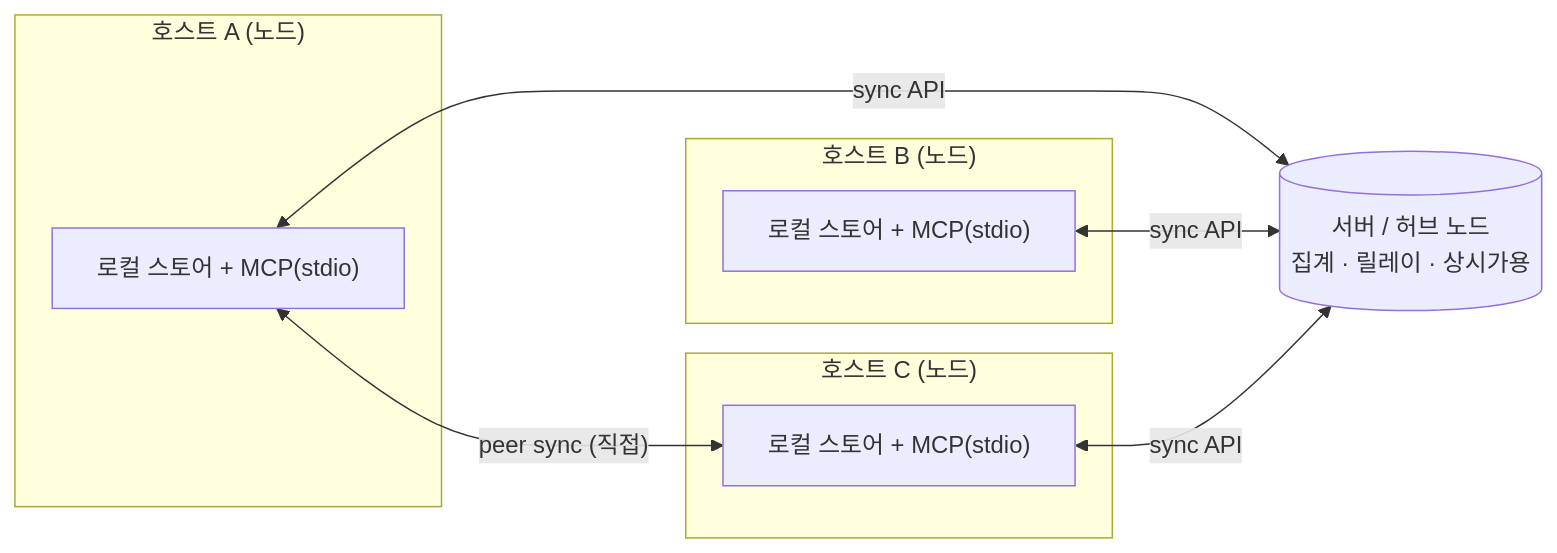
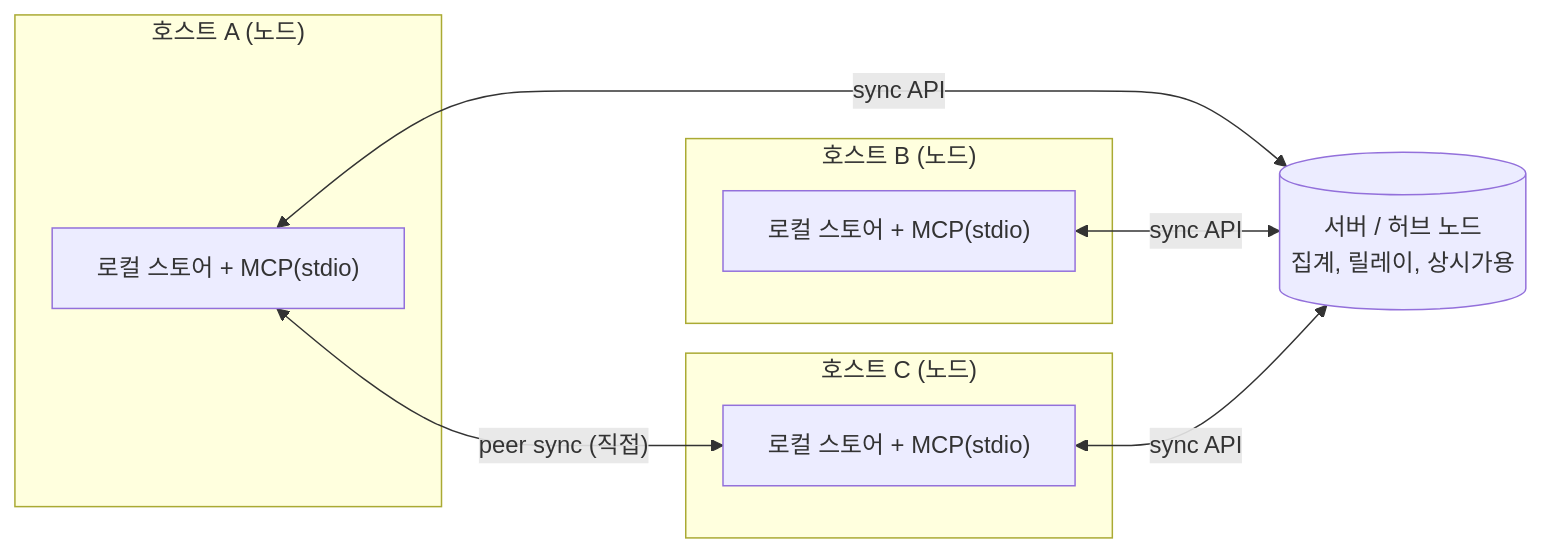
The third of 3 diagrams in docs/architecture.md (Ashon/supragnosis), drawn with Mermaid before and after one commit. The commit also changed other lines of this file and 2 other files, not shown here.

First line of the commit message:
docs: 헌법 개정(22개 원칙) 반영 + architecture 정합

````diff
--- a/docs/architecture.md
+++ b/docs/architecture.md
@@ -167,17 +177,17 @@
 ```mermaid
 flowchart LR
     subgraph HostA["호스트 A (노드)"]
         A1["로컬 스토어 + MCP(stdio)"]
     end
     subgraph HostB["호스트 B (노드)"]
         B1["로컬 스토어 + MCP(stdio)"]
     end
     subgraph HostC["호스트 C (노드)"]
         C1["로컬 스토어 + MCP(stdio)"]
     end
-    Hub[("서버 / 허브 노드\n집계 · 릴레이 · 상시가용")]
+    Hub[("서버 / 허브 노드\n집계, 릴레이, 상시가용")]
     A1 <-->|sync API| Hub
     B1 <-->|sync API| Hub
     C1 <-->|sync API| Hub
     A1 <-->|"peer sync (직접)"| C1
 ```
````
